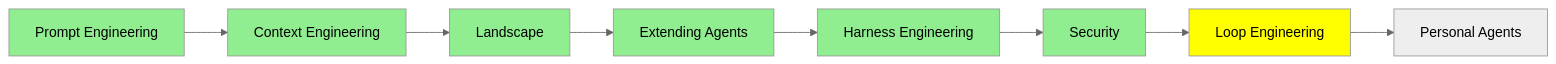
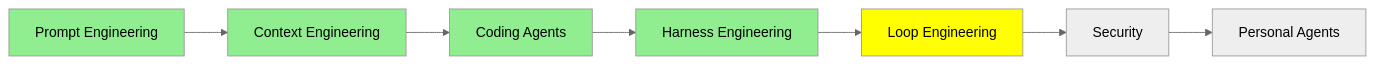
Before and after one commit to lokumai/ai-engineering-bazaar: the third of 3 diagrams in mini-courses/2_intermediate/loop_engineering.md, drawn with Mermaid (neutral theme). The commit also changed 23 other files, not shown here.

````diff
--- a/mini-courses/2_intermediate/loop_engineering.md
+++ b/mini-courses/2_intermediate/loop_engineering.md
@@ -260,17 +260,14 @@
 ```mermaid
 graph LR
     A[Prompt Engineering] --> B[Context Engineering]
-    B --> C[Landscape]
-    C --> D[Extending Agents]
-    D --> E[Harness Engineering]
+    B --> C[Coding Agents]
+    C --> D[Harness Engineering]
+    D --> E[Loop Engineering]
     E --> F[Security]
-    F --> G[Loop Engineering]
-    G --> H[Personal Agents]
+    F --> G[Personal Agents]
     style A fill:#90EE90
     style B fill:#90EE90
     style C fill:#90EE90
     style D fill:#90EE90
-    style E fill:#90EE90
-    style F fill:#90EE90
-    style G fill:#FFFF00
+    style E fill:#FFFF00
 ```
````
